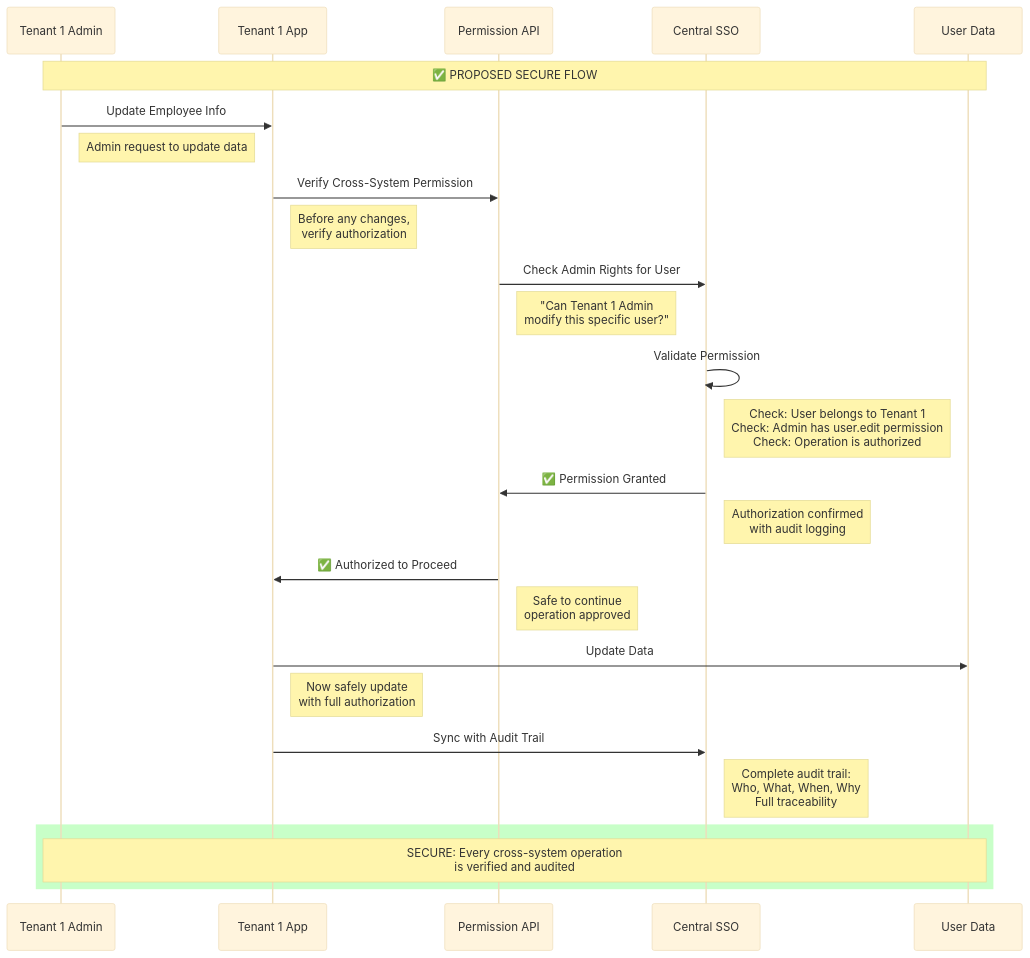
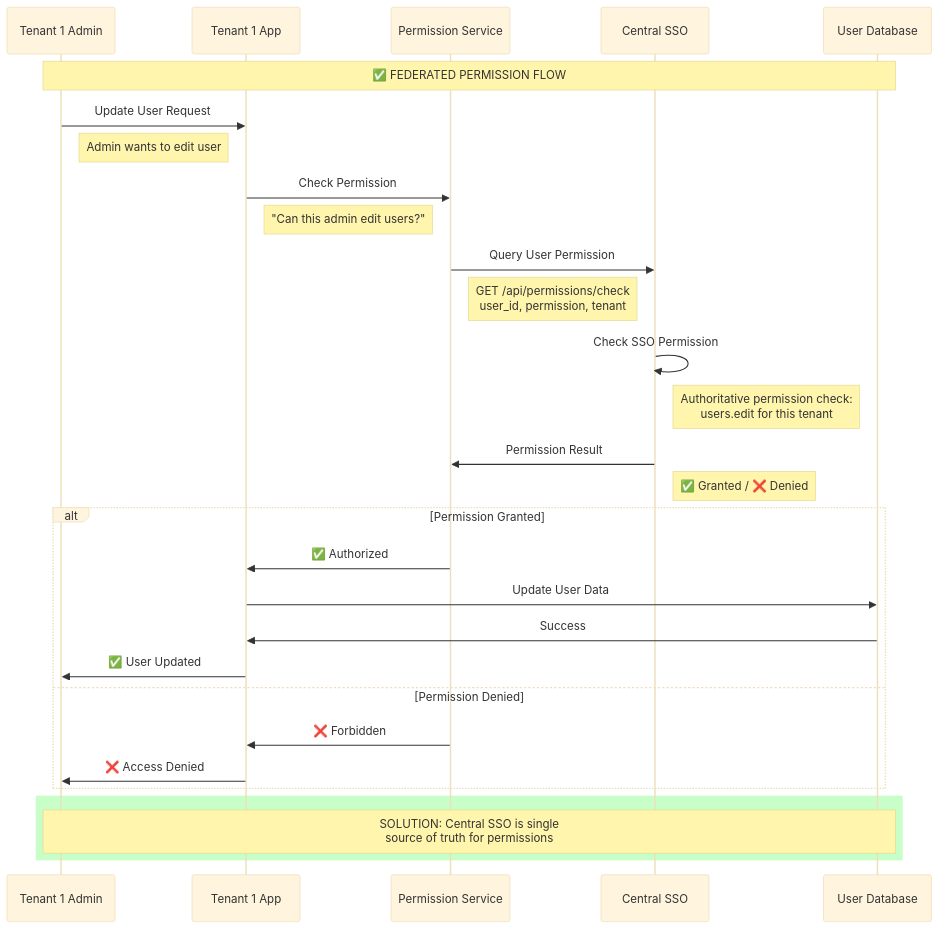
Before and after one commit to hi-dil/SSO-POC: diagram 15 of 22 in docs/architecture/challenges-and-solutions.md, drawn with Mermaid (base theme). The commit also changed other lines of this file and 4 other files, not shown here.

````diff
--- a/docs/architecture/challenges-and-solutions.md
+++ b/docs/architecture/challenges-and-solutions.md
@@ -484,38 +976,39 @@
 ```mermaid
 sequenceDiagram
     participant Admin as Tenant 1 Admin
     participant T1 as Tenant 1 App
-    participant API as Permission API
+    participant PERM as Permission Service
     participant SSO as Central SSO
-    participant User as User Data
+    participant DB as User Database
     
-    Note over Admin,User: ✅ PROPOSED SECURE FLOW
+    Note over Admin,DB: ✅ FEDERATED PERMISSION FLOW
     
-    Admin->>T1: Update Employee Info
-    Note right of Admin: Admin request to update data
+    Admin->>T1: Update User Request
+    Note right of Admin: Admin wants to edit user
     
-    T1->>API: Verify Cross-System Permission
-    Note right of T1: Before any changes,<br/>verify authorization
+    T1->>PERM: Check Permission
+    Note right of T1: "Can this admin edit users?"
     
-    API->>SSO: Check Admin Rights for User
-    Note right of API: "Can Tenant 1 Admin<br/>modify this specific user?"
+    PERM->>SSO: Query User Permission
+    Note right of PERM: GET /api/permissions/check<br/>user_id, permission, tenant
     
-    SSO->>SSO: Validate Permission
-    Note right of SSO: Check: User belongs to Tenant 1<br/>Check: Admin has user.edit permission<br/>Check: Operation is authorized
+    SSO->>SSO: Check SSO Permission
+    Note right of SSO: Authoritative permission check:<br/>users.edit for this tenant
     
-    SSO->>API: ✅ Permission Granted
-    Note right of SSO: Authorization confirmed<br/>with audit logging
+    SSO->>PERM: Permission Result
+    Note right of SSO: ✅ Granted / ❌ Denied
     
-    API->>T1: ✅ Authorized to Proceed
-    Note right of API: Safe to continue<br/>operation approved
-    
-    T1->>User: Update Data
-    Note right of T1: Now safely update<br/>with full authorization
-    
-    T1->>SSO: Sync with Audit Trail
-    Note right of SSO: Complete audit trail:<br/>Who, What, When, Why<br/>Full traceability
+    alt Permission Granted
+        PERM->>T1: ✅ Authorized
+        T1->>DB: Update User Data
+        DB->>T1: Success
+        T1->>Admin: ✅ User Updated
+    else Permission Denied
+        PERM->>T1: ❌ Forbidden
+        T1->>Admin: ❌ Access Denied
+    end
     
     rect rgb(200, 255, 200)
-        Note over Admin,User: SECURE: Every cross-system operation<br/>is verified and audited
+        Note over Admin,DB: SOLUTION: Central SSO is single<br/>source of truth for permissions
     end
 ```
````
